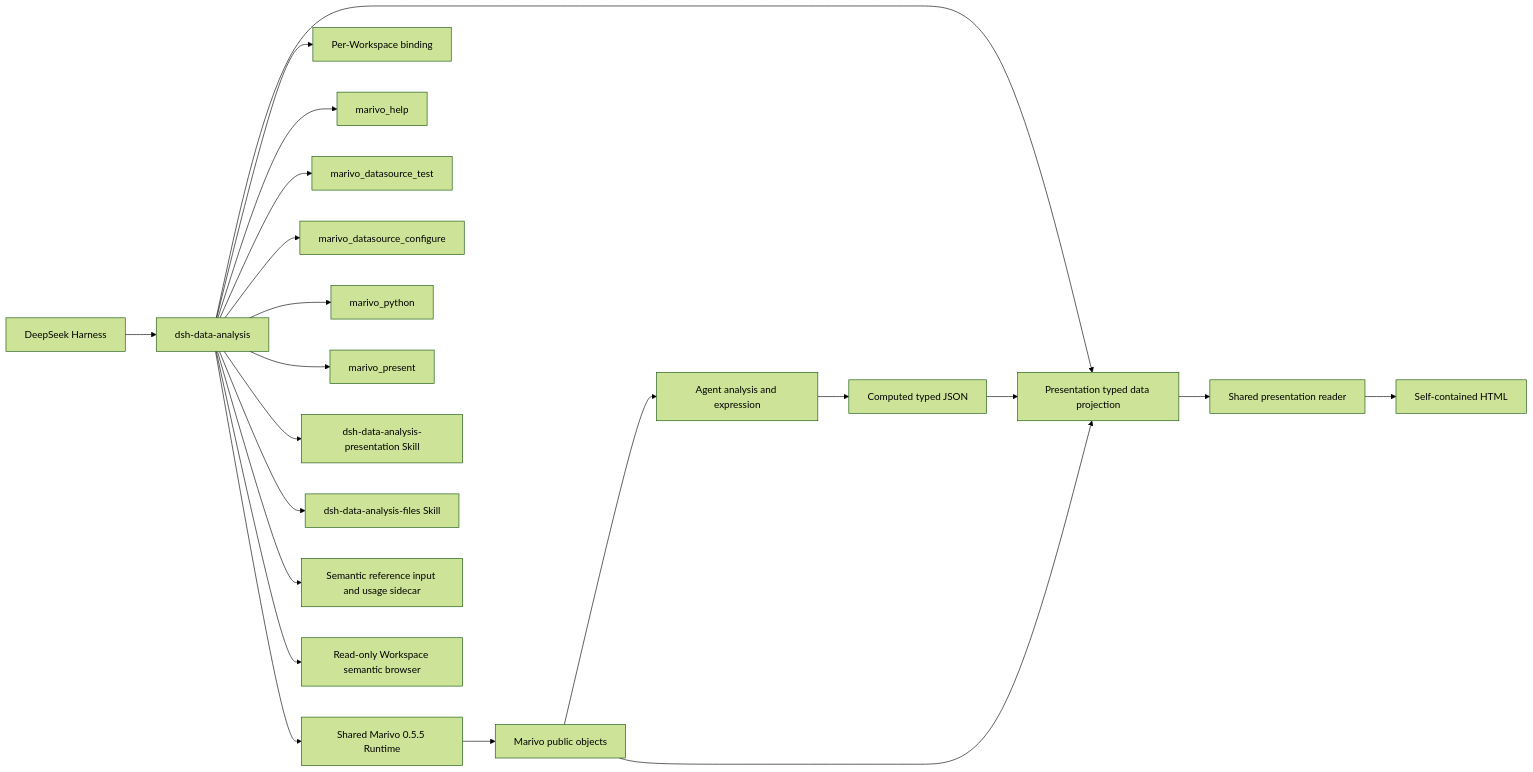
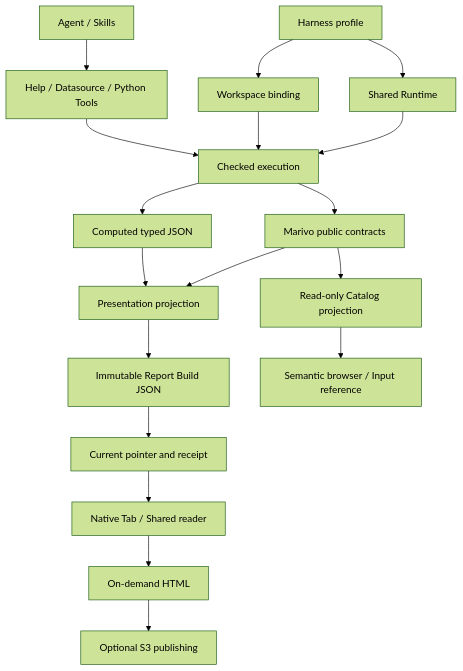
One commit to chengxianglibra/dsh-data-analysis changed the diagram in docs/architecture.md. Above: the diagram before and after it, drawn with Mermaid (forest theme). The commit also changed other lines of this file and 48 other files, not shown here.

First line of the commit message:
docs: consolidate project architecture and validation guidance

````diff
--- a/docs/architecture.md
+++ b/docs/architecture.md
@@ -16,23 +37,20 @@
 ```mermaid
-flowchart LR
-  D[DeepSeek Harness] --> P[dsh-data-analysis]
-  P --> R[Shared Marivo 0.5.5 Runtime]
-  P --> W[Per-Workspace binding]
-  P --> H[marivo_help]
-  P --> T[marivo_datasource_test]
-  P --> CFG[marivo_datasource_configure]
-  P --> Y[marivo_python]
-  P --> E[marivo_present]
-  P --> K[dsh-data-analysis-presentation Skill]
-  P --> F[dsh-data-analysis-files Skill]
-  P --> S[Semantic reference input and usage sidecar]
-  P --> B[Read-only Workspace semantic browser]
-  P --> J[Presentation typed data projection]
-  R --> M[Marivo public objects]
-  M --> A[Agent analysis and expression]
-  A --> C[Computed typed JSON]
-  C --> J
-  M --> J
-  J --> V[Shared presentation reader]
-  V --> O[Self-contained HTML]
+flowchart TD
+  H[Harness profile] --> R[Shared Runtime]
+  H --> W[Workspace binding]
+  R --> E[Checked execution]
+  W --> E
+  A[Agent / Skills] --> T[Help / Datasource / Python Tools]
+  T --> E
+  E --> M[Marivo public contracts]
+  E --> C[Computed typed JSON]
+  M --> P[Presentation projection]
+  C --> P
+  P --> B[Immutable Report Build JSON]
+  B --> U[Current pointer and receipt]
+  U --> V[Native Tab / Shared reader]
+  V --> O[On-demand HTML]
+  O --> S[Optional S3 publishing]
+  M --> Q[Read-only Catalog projection]
+  Q --> I[Semantic browser / Input reference]
 ```
````
